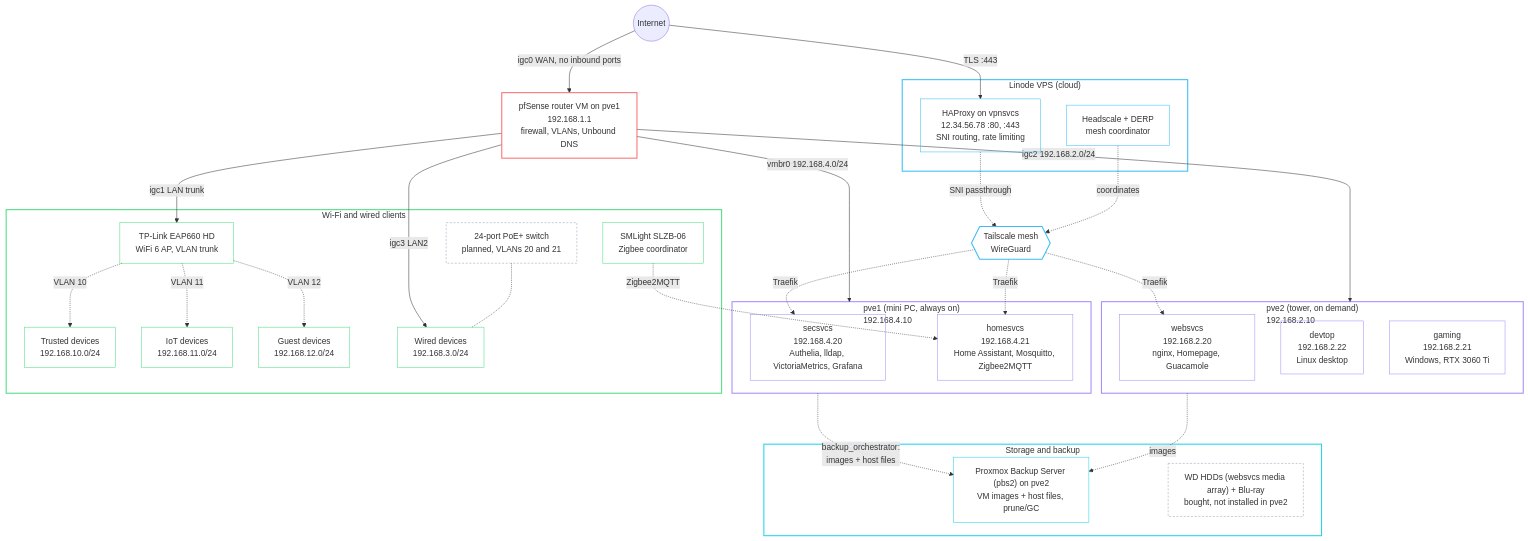
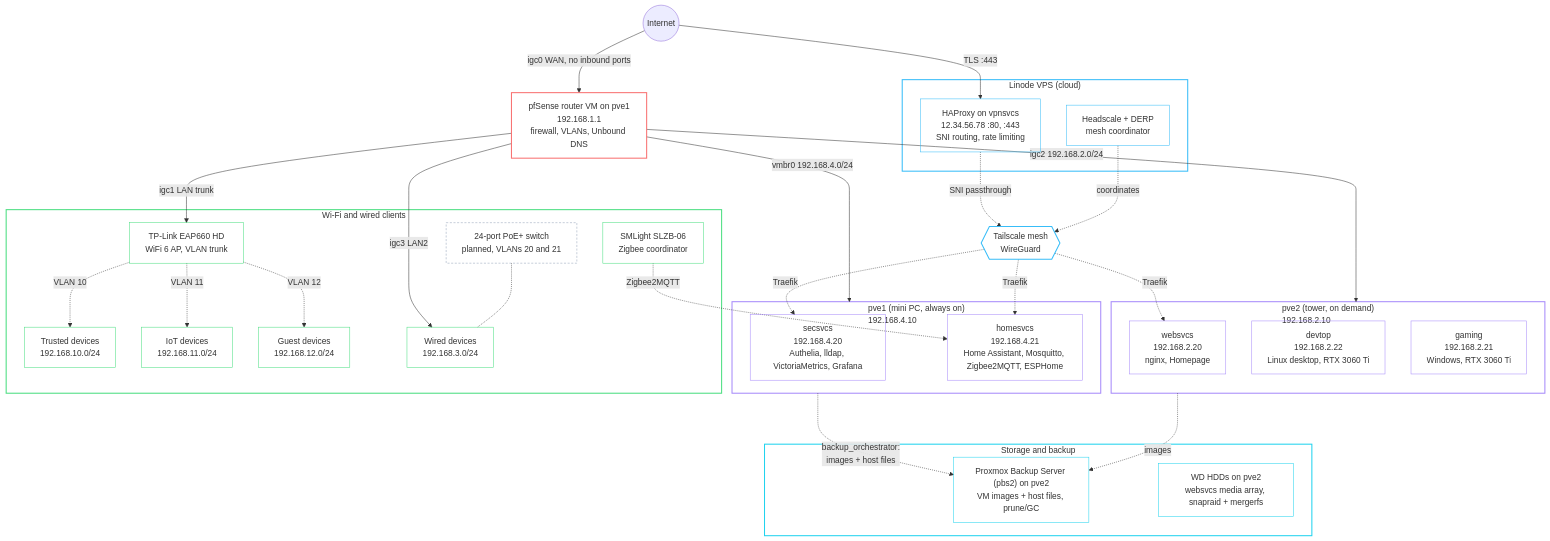
One commit to babraham123/homesite changed the diagram in src/www/docs/homelab/architecture.md. Above: the diagram before and after it, drawn with Mermaid. The commit also changed other lines of this file and 32 other files, not shown here.

````diff
--- a/src/www/docs/homelab/architecture.md
+++ b/src/www/docs/homelab/architecture.md
@@ -20,75 +20,75 @@
 ```mermaid
 flowchart TB
     inet(("Internet"))
 
     subgraph cloud["Linode VPS (cloud)"]
         haproxy["HAProxy on vpnsvcs<br/>12.34.56.78 :80, :443<br/>SNI routing, rate limiting"]
         headscale["Headscale + DERP<br/>mesh coordinator"]
     end
 
     fw["pfSense router VM on pve1<br/>192.168.1.1<br/>firewall, VLANs, Unbound DNS"]
     mesh{{"Tailscale mesh<br/>WireGuard"}}
 
     subgraph pve1["pve1 (mini PC, always on)<br/>192.168.4.10"]
         secsvcs["secsvcs<br/>192.168.4.20<br/>Authelia, lldap, VictoriaMetrics, Grafana"]
-        homesvcs["homesvcs<br/>192.168.4.21<br/>Home Assistant, Mosquitto, Zigbee2MQTT"]
+        homesvcs["homesvcs<br/>192.168.4.21<br/>Home Assistant, Mosquitto, Zigbee2MQTT, ESPHome"]
     end
 
     subgraph pve2["pve2 (tower, on demand)<br/>192.168.2.10"]
-        websvcs["websvcs<br/>192.168.2.20<br/>nginx, Homepage, Guacamole"]
-        devtop["devtop<br/>192.168.2.22<br/>Linux desktop"]
+        websvcs["websvcs<br/>192.168.2.20<br/>nginx, Homepage"]
+        devtop["devtop<br/>192.168.2.22<br/>Linux desktop, RTX 3060 Ti"]
         gaming["gaming<br/>192.168.2.21<br/>Windows, RTX 3060 Ti"]
     end
 
     subgraph clients["Wi-Fi and wired clients"]
         ap["TP-Link EAP660 HD<br/>WiFi 6 AP, VLAN trunk"]
         trusted["Trusted devices<br/>192.168.10.0/24"]
         iot["IoT devices<br/>192.168.11.0/24"]
         guest["Guest devices<br/>192.168.12.0/24"]
         zigbee["SMLight SLZB-06<br/>Zigbee coordinator"]
         wdev["Wired devices<br/>192.168.3.0/24"]
         sw["24-port PoE+ switch<br/>planned, VLANs 20 and 21"]
     end
 
     subgraph store["Storage and backup"]
         pbs2["Proxmox Backup Server (pbs2) on pve2<br/>VM images + host files, prune/GC"]
-        hdds["WD HDDs (websvcs media array) + Blu-ray<br/>bought, not installed in pve2"]
+        hdds["WD HDDs on pve2<br/>websvcs media array, snapraid + mergerfs"]
     end
 
     inet -- "TLS :443" --> haproxy
     inet -- "igc0 WAN, no inbound ports" --> fw
     haproxy -. "SNI passthrough" .-> mesh
     headscale -. "coordinates" .-> mesh
     mesh -. "Traefik" .-> secsvcs
     mesh -. "Traefik" .-> homesvcs
     mesh -. "Traefik" .-> websvcs
     fw -- "vmbr0 192.168.4.0/24" --> pve1
     fw -- "igc2 192.168.2.0/24" --> pve2
     fw -- "igc1 LAN trunk" --> ap
     fw -- "igc3 LAN2" --> wdev
     ap -. "VLAN 10" .-> trusted
     ap -. "VLAN 11" .-> iot
     ap -. "VLAN 12" .-> guest
     zigbee -. "Zigbee2MQTT" .-> homesvcs
     sw -.- wdev
     pve1 -. "backup_orchestrator:<br/>images + host files" .-> pbs2
     pve2 -. "images" .-> pbs2
 
     style cloud stroke:#38bdf8,stroke-width:2px,fill:transparent
     style pve1 stroke:#a78bfa,stroke-width:2px,fill:transparent
     style pve2 stroke:#a78bfa,stroke-width:2px,fill:transparent
     style clients stroke:#4ade80,stroke-width:2px,fill:transparent
     style store stroke:#22d3ee,stroke-width:2px,fill:transparent
     style fw stroke:#f87171,stroke-width:2px,fill:transparent
     style mesh stroke:#38bdf8,stroke-width:2px,fill:transparent
     classDef ext stroke:#38bdf8,fill:transparent
     classDef host stroke:#a78bfa,fill:transparent
     classDef data stroke:#22d3ee,fill:transparent
     classDef dev stroke:#4ade80,fill:transparent
     classDef planned stroke:#94a3b8,stroke-dasharray:4 3,fill:transparent
     class haproxy,headscale ext
     class secsvcs,homesvcs,websvcs,devtop,gaming host
-    class pbs2 data
+    class pbs2,hdds data
     class ap,trusted,iot,guest,zigbee,wdev dev
-    class hdds,sw planned
+    class sw planned
 ```
````
